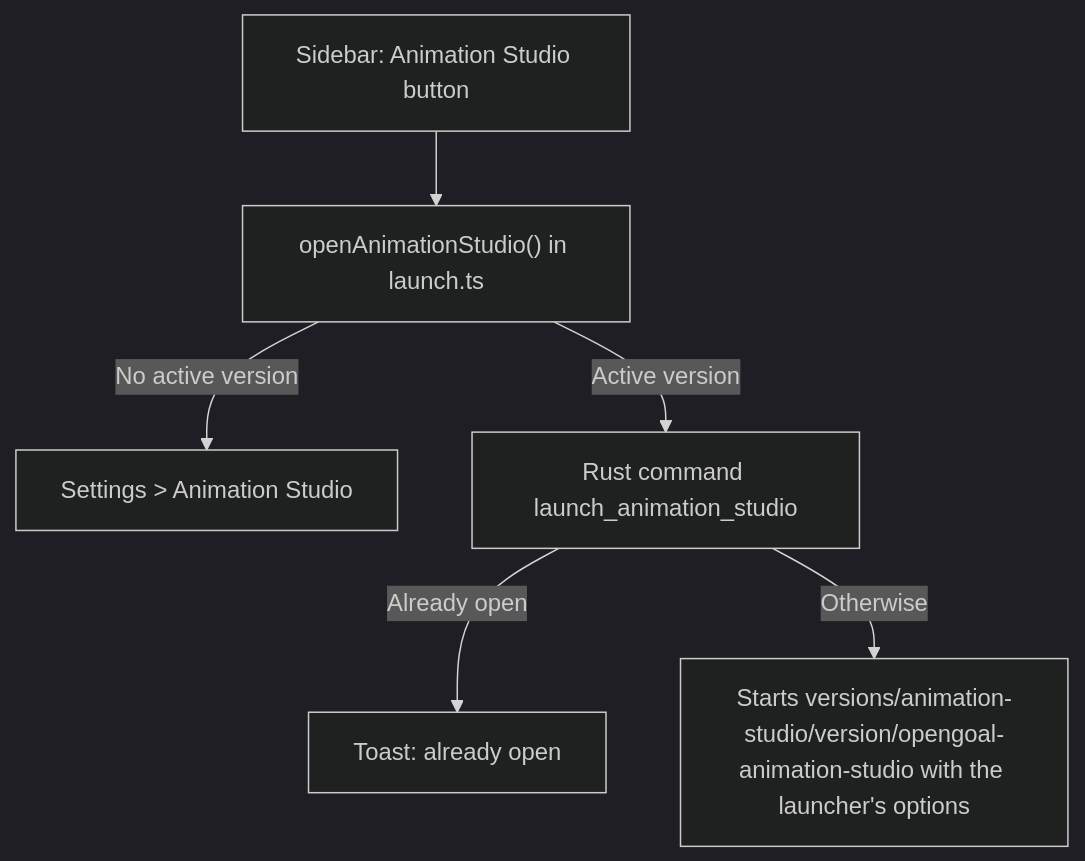
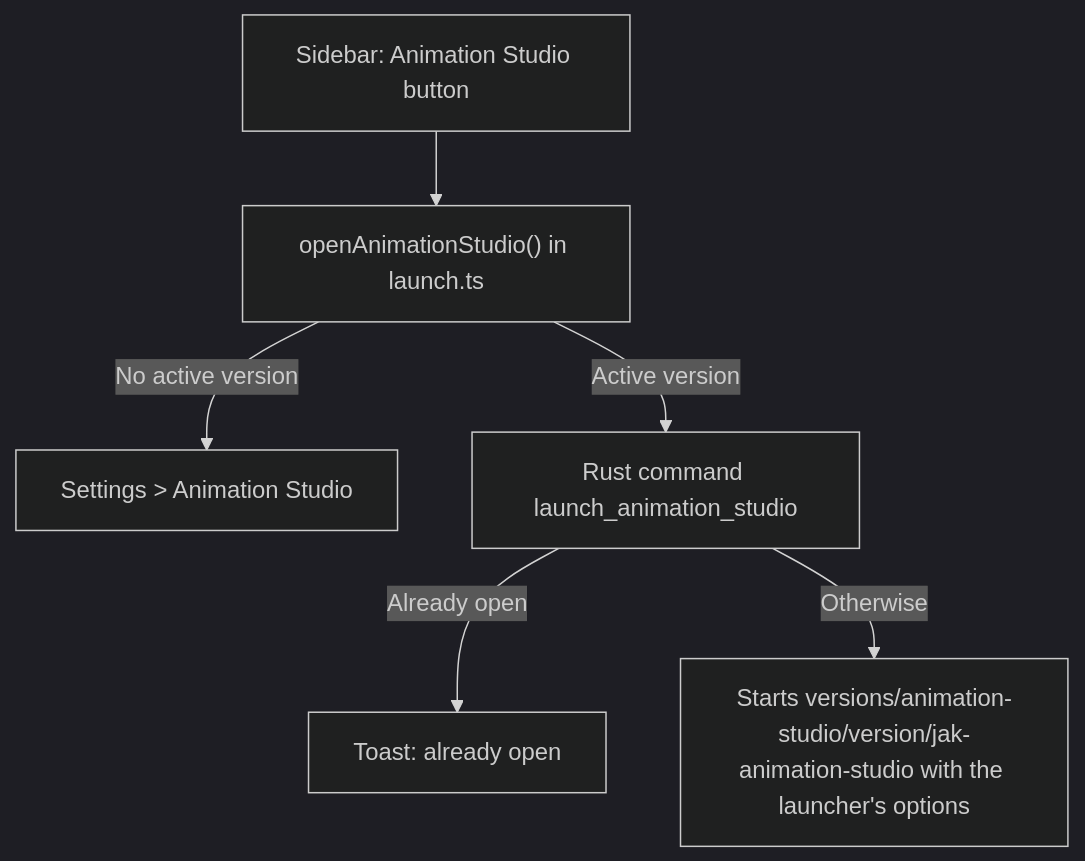
One commit to whozghiar/open-goal-launcher changed the diagram in docs/features_ai/features_animation_studio.md. Above: the diagram before and after it, drawn with Mermaid (dark theme). The commit also changed other lines of this file and 9 other files, not shown here.

First line of the commit message:
feat: the Animation Studio is now Jak Animation Studio (AI-assisted)

````diff
--- a/docs/features_ai/features_animation_studio.md
+++ b/docs/features_ai/features_animation_studio.md
@@ -91,8 +91,8 @@
 ```mermaid
 flowchart TD
   A["Sidebar: Animation Studio button"] --> B["openAnimationStudio() in launch.ts"]
   B -->|"No active version"| C["Settings > Animation Studio"]
   B -->|"Active version"| D["Rust command launch_animation_studio"]
   D -->|"Already open"| E["Toast: already open"]
-  D -->|"Otherwise"| F["Starts versions/animation-studio/version/opengoal-animation-studio with the launcher's options"]
+  D -->|"Otherwise"| F["Starts versions/animation-studio/version/jak-animation-studio with the launcher's options"]
 ```
````
